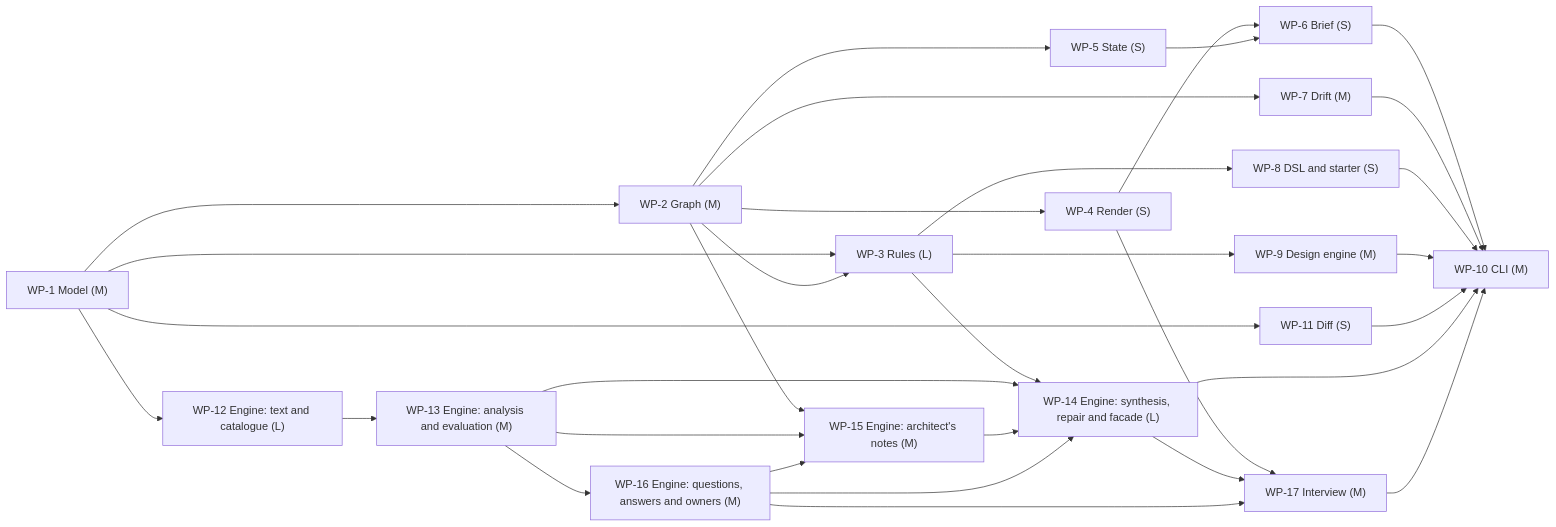
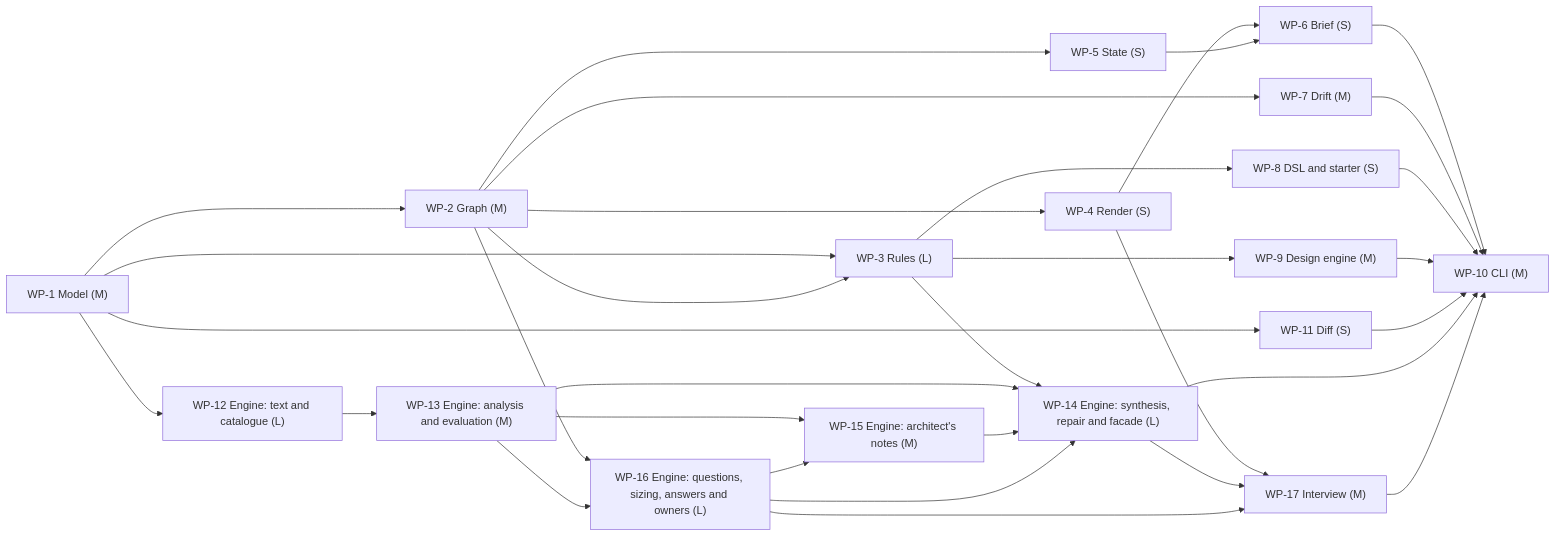
Before and after one commit to yui9696/sekkei: the eighth of 8 diagrams in examples/self/DESIGN.md, drawn with Mermaid. The commit also changed other lines of this file and 29 other files, not shown here.

````diff
--- a/examples/self/DESIGN.md
+++ b/examples/self/DESIGN.md
@@ -966,51 +969,51 @@
 ```mermaid
 graph LR
   WP_1["WP-1 Model (M)"]
   WP_2["WP-2 Graph (M)"]
   WP_3["WP-3 Rules (L)"]
   WP_4["WP-4 Render (S)"]
   WP_5["WP-5 State (S)"]
   WP_6["WP-6 Brief (S)"]
   WP_7["WP-7 Drift (M)"]
   WP_8["WP-8 DSL and starter (S)"]
   WP_9["WP-9 Design engine (M)"]
   WP_12["WP-12 Engine: text and catalogue (L)"]
   WP_13["WP-13 Engine: analysis and evaluation (M)"]
-  WP_16["WP-16 Engine: questions, answers and owners (M)"]
+  WP_16["WP-16 Engine: questions, sizing, answers and owners (L)"]
   WP_17["WP-17 Interview (M)"]
   WP_15["WP-15 Engine: architect's notes (M)"]
   WP_14["WP-14 Engine: synthesis, repair and facade (L)"]
   WP_11["WP-11 Diff (S)"]
   WP_10["WP-10 CLI (M)"]
   WP_1 --> WP_2
   WP_1 --> WP_3
   WP_2 --> WP_3
   WP_2 --> WP_4
   WP_2 --> WP_5
   WP_4 --> WP_6
   WP_5 --> WP_6
   WP_2 --> WP_7
   WP_3 --> WP_8
   WP_3 --> WP_9
   WP_1 --> WP_12
   WP_12 --> WP_13
+  WP_2 --> WP_16
   WP_13 --> WP_16
   WP_4 --> WP_17
   WP_14 --> WP_17
   WP_16 --> WP_17
-  WP_2 --> WP_15
   WP_13 --> WP_15
   WP_16 --> WP_15
   WP_3 --> WP_14
   WP_13 --> WP_14
   WP_15 --> WP_14
   WP_16 --> WP_14
   WP_1 --> WP_11
   WP_6 --> WP_10
   WP_7 --> WP_10
   WP_8 --> WP_10
   WP_9 --> WP_10
   WP_11 --> WP_10
   WP_14 --> WP_10
   WP_17 --> WP_10
 ```
````
